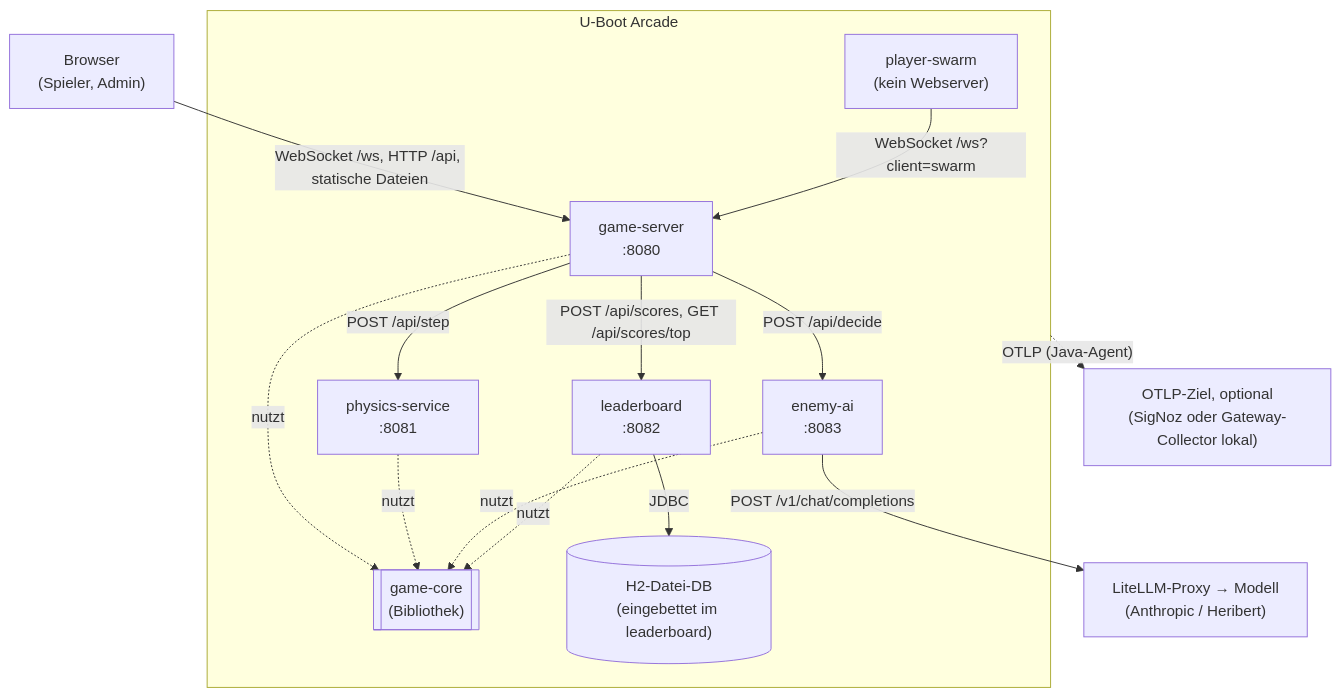
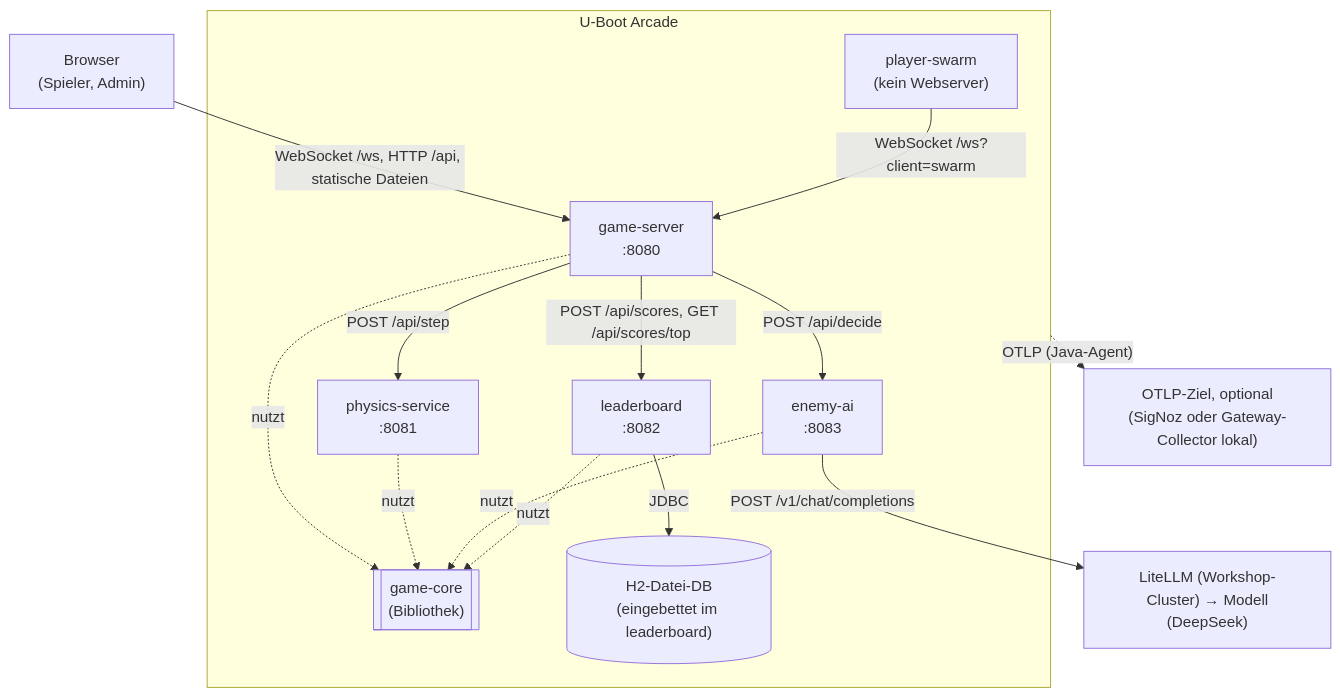
One commit to c-kaiser/u-boot-arcade changed the diagram in arc-doc/05-Bausteinsicht/05-01-Ebene-1.md. Above: the diagram before and after it, drawn with Mermaid. The commit also changed other lines of this file and 30 other files, not shown here.

First line of the commit message:
LiteLLM aus dem Workshop-Cluster, Modell DeepSeek (ADR-15)

````diff
--- a/arc-doc/05-Bausteinsicht/05-01-Ebene-1.md
+++ b/arc-doc/05-Bausteinsicht/05-01-Ebene-1.md
@@ -9,31 +9,31 @@
 ```mermaid
 flowchart TB
     Browser["Browser<br/>(Spieler, Admin)"]
-    LLM["LiteLLM-Proxy → Modell<br/>(Anthropic / Heribert)"]
+    LLM["LiteLLM (Workshop-Cluster) → Modell<br/>(DeepSeek)"]
     OTEL["OTLP-Ziel, optional<br/>(SigNoz oder Gateway-Collector lokal)"]
 
     subgraph System["U-Boot Arcade"]
         GS["game-server<br/>:8080"]
         PH["physics-service<br/>:8081"]
         LB["leaderboard<br/>:8082"]
         AI["enemy-ai<br/>:8083"]
         SW["player-swarm<br/>(kein Webserver)"]
         CORE[["game-core<br/>(Bibliothek)"]]
         DB[("H2-Datei-DB<br/>(eingebettet im leaderboard)")]
     end
 
     Browser -- "WebSocket /ws, HTTP /api, statische Dateien" --> GS
     SW -- "WebSocket /ws?client=swarm" --> GS
     GS -- "POST /api/step" --> PH
     GS -- "POST /api/decide" --> AI
     GS -- "POST /api/scores, GET /api/scores/top" --> LB
     LB -- JDBC --> DB
     AI -- "POST /v1/chat/completions" --> LLM
 
     GS -. nutzt .-> CORE
     PH -. nutzt .-> CORE
     AI -. nutzt .-> CORE
     LB -. nutzt .-> CORE
 
     System -. "OTLP (Java-Agent)" .-> OTEL
 ```
````
